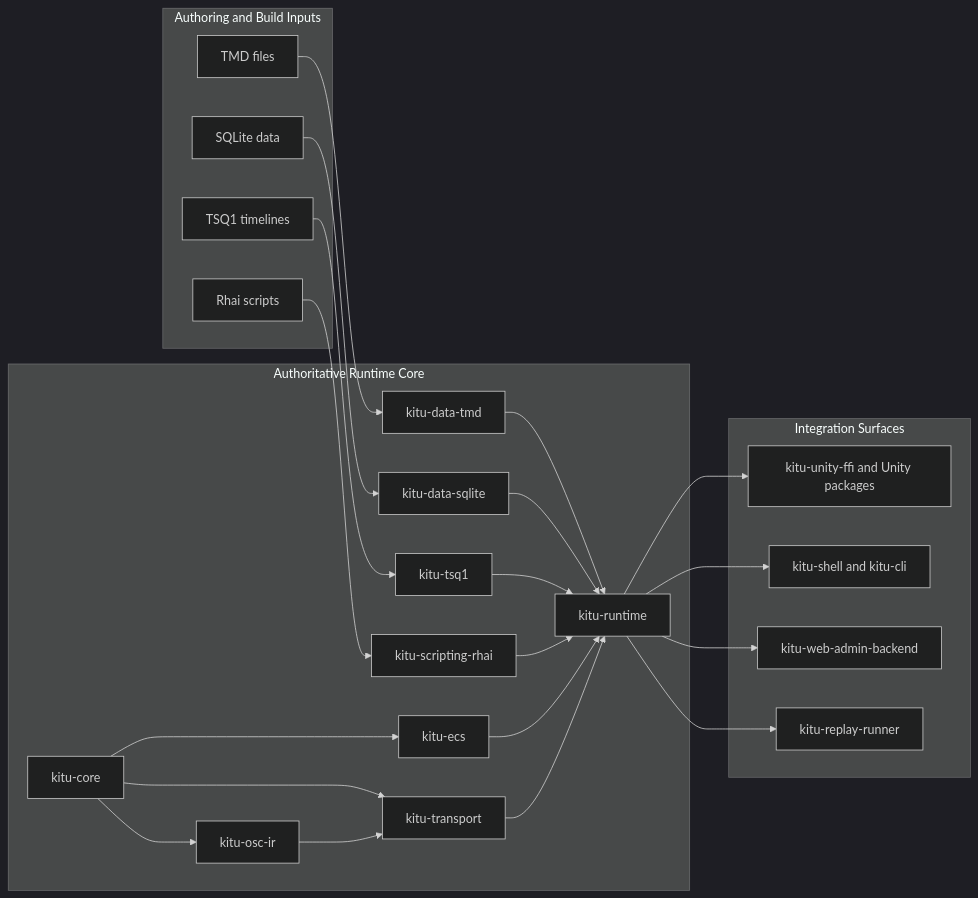
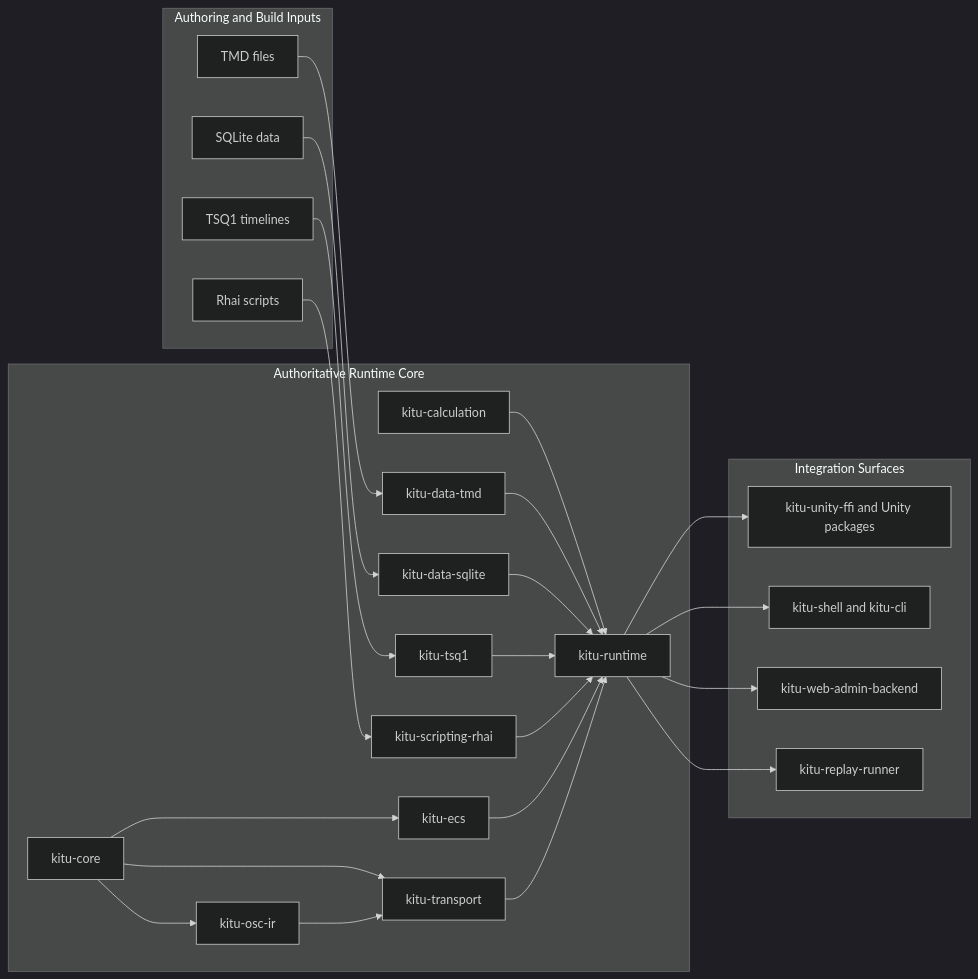
One commit to Nagitch/kitu-logic-processor changed the first of 5 diagrams in doc/architecture.md. Above: the diagram before and after it, drawn with Mermaid (dark theme). The commit also changed other lines of this file and 6 other files, not shown here.

````diff
--- a/doc/architecture.md
+++ b/doc/architecture.md
@@ -144,50 +144,52 @@
 ```mermaid
 flowchart LR
     subgraph Authoring[Authoring and Build Inputs]
         TMD[TMD files]
         SQL[SQLite data]
         TSQ1[TSQ1 timelines]
         Rhai[Rhai scripts]
     end
 
     subgraph RuntimeCore[Authoritative Runtime Core]
         Core[kitu-core]
+        Calculation[kitu-calculation]
         ECS[kitu-ecs]
         Runtime[kitu-runtime]
         OscIR[kitu-osc-ir]
         Transport[kitu-transport]
         TSQ1Crate[kitu-tsq1]
         TmdCrate[kitu-data-tmd]
         SqlCrate[kitu-data-sqlite]
         RhaiCrate[kitu-scripting-rhai]
     end
 
     subgraph Integrations[Integration Surfaces]
         Unity[kitu-unity-ffi and Unity packages]
         Shell[kitu-shell and kitu-cli]
         WebAdmin[kitu-web-admin-backend]
         Replay[kitu-replay-runner]
     end
 
     TMD --> TmdCrate
     SQL --> SqlCrate
     TSQ1 --> TSQ1Crate
     Rhai --> RhaiCrate
+    Calculation --> Runtime
 
     TmdCrate --> Runtime
     SqlCrate --> Runtime
     TSQ1Crate --> Runtime
     RhaiCrate --> Runtime
 
     Core --> ECS
     Core --> OscIR
     Core --> Transport
     ECS --> Runtime
     OscIR --> Transport
     Transport --> Runtime
 
     Runtime --> Unity
     Runtime --> Shell
     Runtime --> WebAdmin
     Runtime --> Replay
 ```
````
